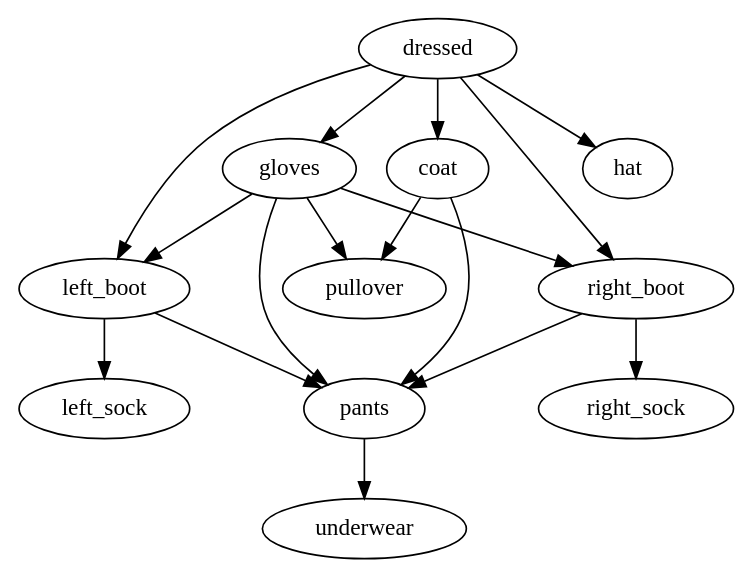
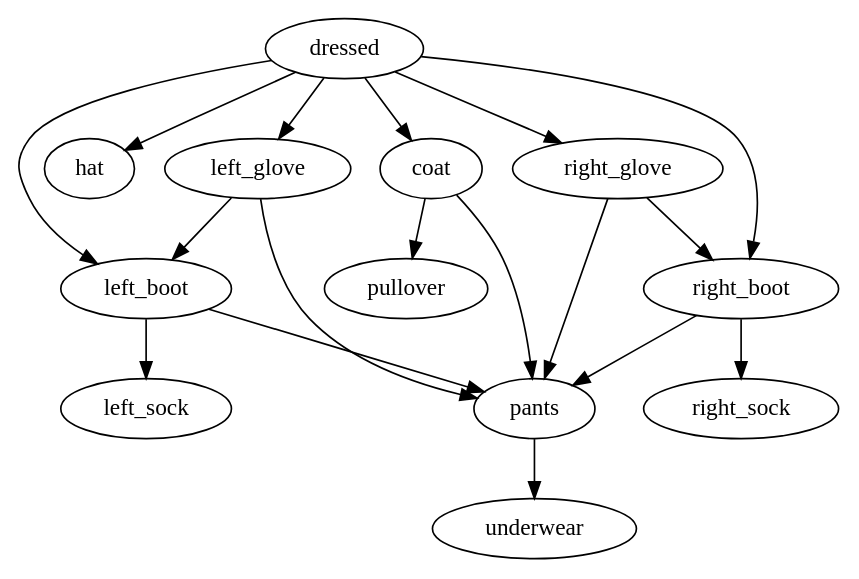
Before and after one commit to markus1189/shake-it: the diagram in src/graphviz/dressing.dot, drawn with Graphviz. The commit also changed 8 other files, not shown here.

```diff
--- a/src/graphviz/dressing.dot
+++ b/src/graphviz/dressing.dot
@@ -1,22 +1,23 @@
 digraph {
   dressed -> coat;
   coat -> pullover;
   coat -> pants;
 
   dressed -> hat;
 
   dressed -> left_boot;
   dressed -> right_boot;
   left_boot -> pants;
   left_boot -> left_sock;
   right_boot -> pants;
   right_boot -> right_sock;
 
-  dressed -> gloves;
-  gloves -> left_boot;
-  gloves -> right_boot;
-  gloves -> pants;
-  gloves -> pullover;
+  dressed -> left_glove;
+  dressed -> right_glove;
+  left_glove -> left_boot;
+  right_glove -> right_boot;
+  left_glove -> pants;
+  right_glove -> pants;
 
   pants -> underwear;
 }
```
